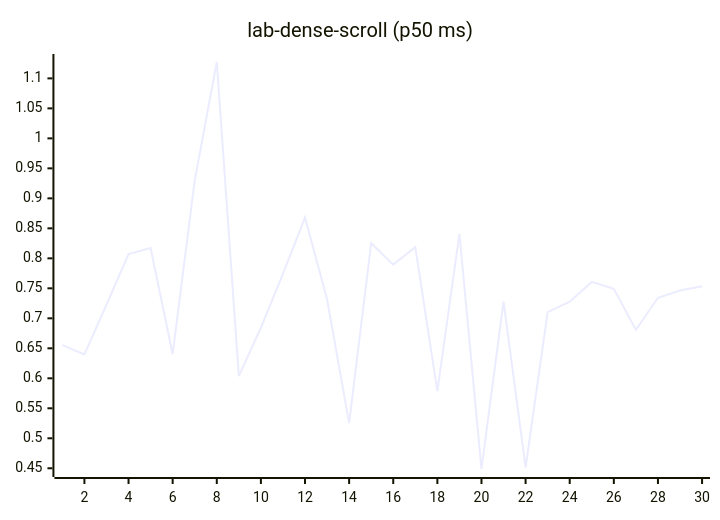
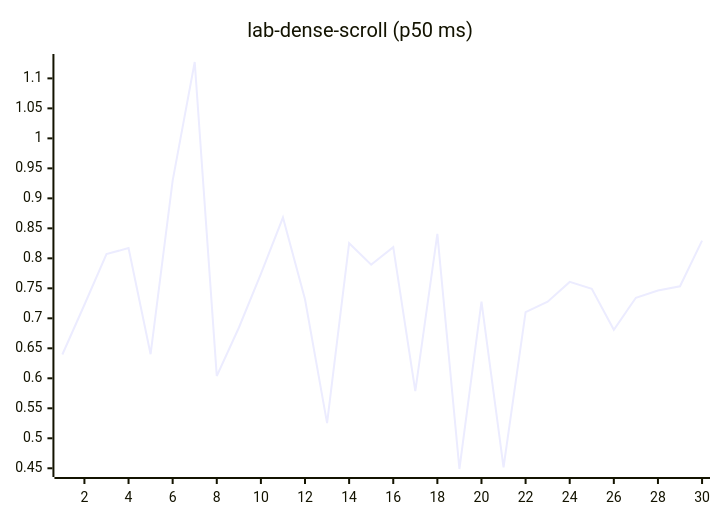
One commit to josha/Facet changed diagram 12 of 27 in README.md. Above: the diagram before and after it, drawn with Mermaid. The commit also changed other lines of this file and 2 other files, not shown here.

````diff
--- a/README.md
+++ b/README.md
@@ -140,6 +140,6 @@
 ```mermaid
 xychart-beta
     title "lab-dense-scroll (p50 ms)"
     x-axis 1 --> 30
-    line [0.6552, 0.6397, 0.7226, 0.8071, 0.8171, 0.6401, 0.9297, 1.1273, 0.6038, 0.6843, 0.7739, 0.8680, 0.7317, 0.5254, 0.8252, 0.7895, 0.8186, 0.5785, 0.8409, 0.4488, 0.7278, 0.4517, 0.7102, 0.7278, 0.7607, 0.7492, 0.6810, 0.7343, 0.7463, 0.7534]
+    line [0.6397, 0.7226, 0.8071, 0.8171, 0.6401, 0.9297, 1.1273, 0.6038, 0.6843, 0.7739, 0.8680, 0.7317, 0.5254, 0.8252, 0.7895, 0.8186, 0.5785, 0.8409, 0.4488, 0.7278, 0.4517, 0.7102, 0.7278, 0.7607, 0.7492, 0.6810, 0.7343, 0.7463, 0.7534, 0.8296]
 ```
````
